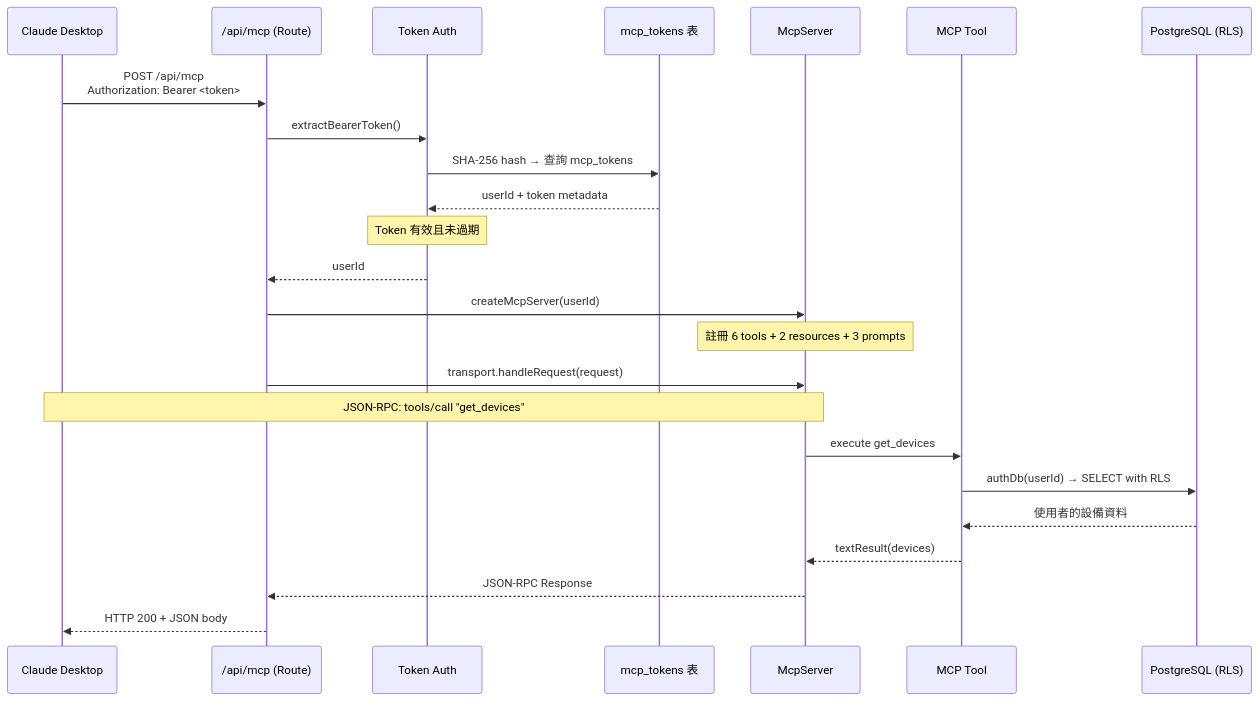
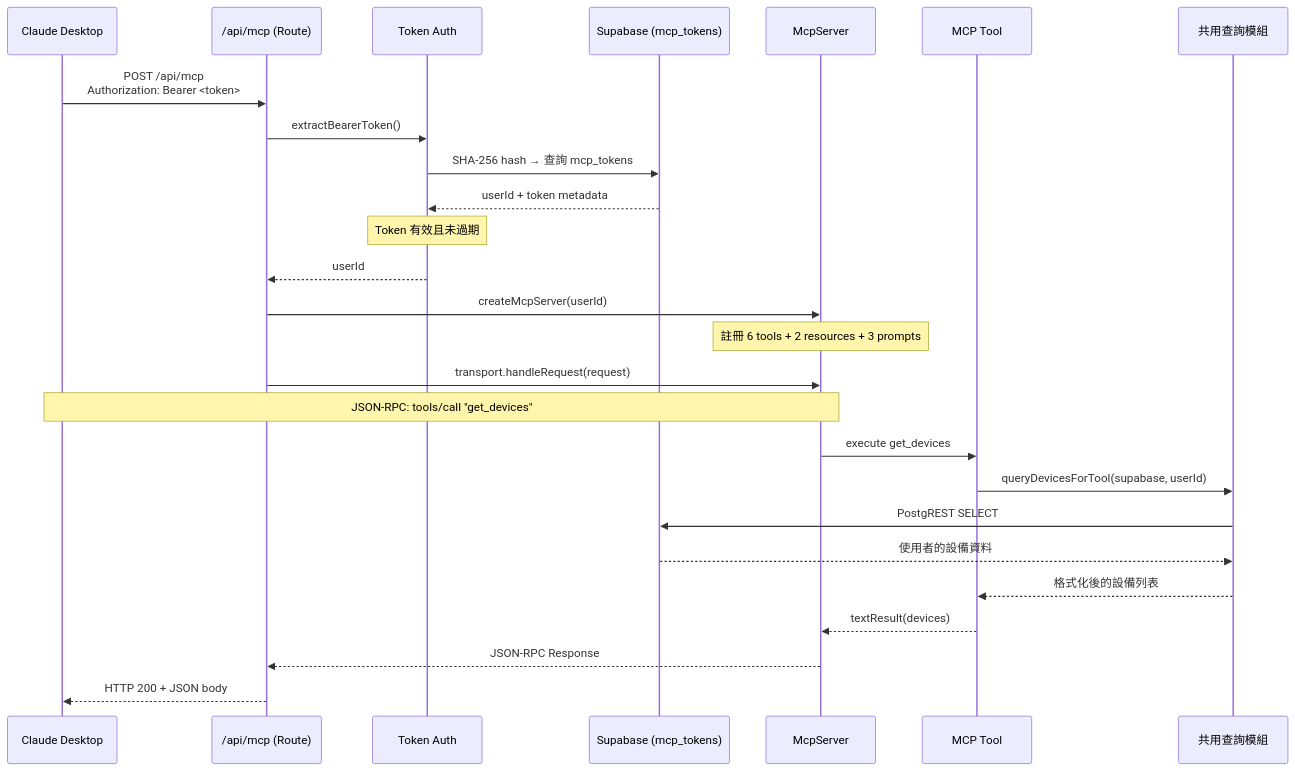
The second of 5 diagrams in docs/mcp-architecture.md (ahwei/HomePower), drawn with Mermaid before and after one commit. The commit also changed other lines of this file and 8 other files, not shown here.

````diff
--- a/docs/mcp-architecture.md
+++ b/docs/mcp-architecture.md
@@ -60,34 +60,36 @@
 ```mermaid
 sequenceDiagram
     participant C as Claude Desktop
     participant R as /api/mcp (Route)
     participant A as Token Auth
-    participant DB as mcp_tokens 表
+    participant DB as Supabase (mcp_tokens)
     participant S as McpServer
     participant T as MCP Tool
-    participant PG as PostgreSQL (RLS)
+    participant Q as 共用查詢模組
 
     C->>R: POST /api/mcp<br/>Authorization: Bearer <token>
     R->>A: extractBearerToken()
     A->>DB: SHA-256 hash → 查詢 mcp_tokens
     DB-->>A: userId + token metadata
 
     Note over A: Token 有效且未過期
 
     A-->>R: userId
 
     R->>S: createMcpServer(userId)
     Note over S: 註冊 6 tools + 2 resources + 3 prompts
 
     R->>S: transport.handleRequest(request)
 
     Note over C,S: JSON-RPC: tools/call "get_devices"
 
     S->>T: execute get_devices
-    T->>PG: authDb(userId) → SELECT with RLS
-    PG-->>T: 使用者的設備資料
+    T->>Q: queryDevicesForTool(supabase, userId)
+    Q->>DB: PostgREST SELECT
+    DB-->>Q: 使用者的設備資料
+    Q-->>T: 格式化後的設備列表
     T-->>S: textResult(devices)
 
     S-->>R: JSON-RPC Response
     R-->>C: HTTP 200 + JSON body
 ```
````
